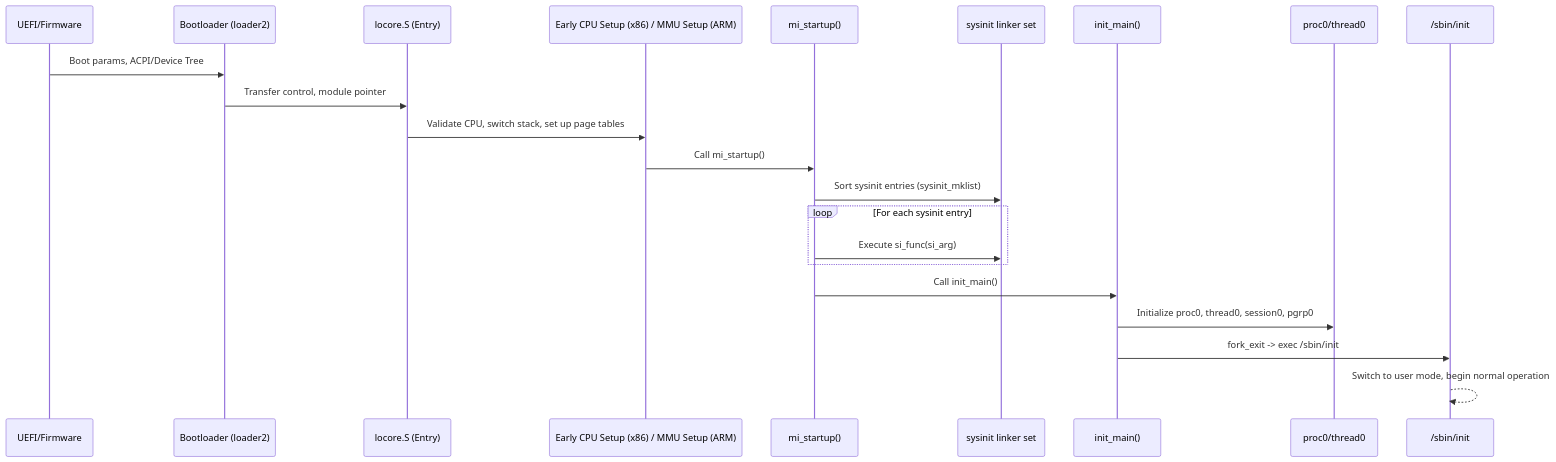
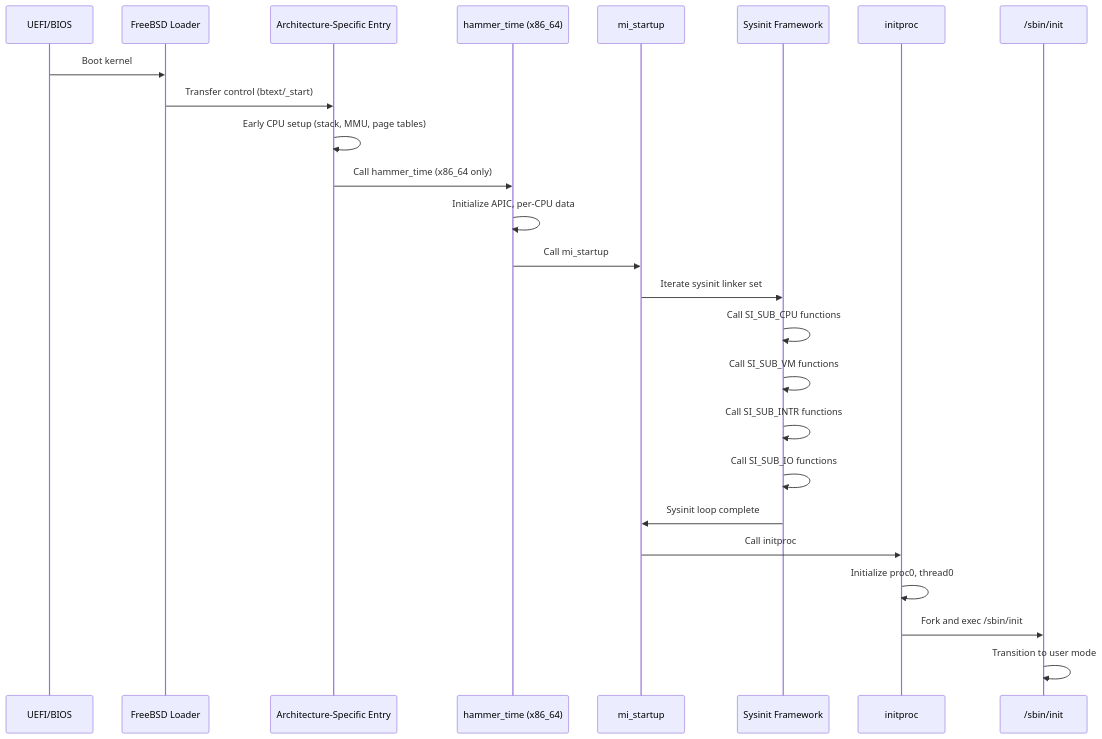
Before and after one commit to ocochard/freebsd-src: the diagram in sys/README.md, drawn with Mermaid. The commit also changed other lines of this file and 25 other files, not shown here.

````diff
--- a/sys/README.md
+++ b/sys/README.md
@@ -124,25 +179,28 @@
 ```mermaid
 sequenceDiagram
-    participant UEFI as UEFI/Firmware
-    participant Loader as Bootloader (loader2)
-    participant Locore as locore.S (Entry)
-    participant EarlySetup as Early CPU Setup (x86) / MMU Setup (ARM)
-    participant MiStart as mi_startup()
-    participant SysInit as sysinit linker set
-    participant InitMain as init_main()
-    participant Proc0 as proc0/thread0
+    participant UEFI as UEFI/BIOS
+    participant Loader as FreeBSD Loader
+    participant Arch as Architecture-Specific Entry
+    participant Hammer as hammer_time (x86_64)
+    participant MiStartup as mi_startup
+    participant Sysinit as Sysinit Framework
+    participant InitProc as initproc
     participant Init as /sbin/init
 
-    UEFI->>Loader: Boot params, ACPI/Device Tree
-    Loader->>Locore: Transfer control, module pointer
-    Locore->>EarlySetup: Validate CPU, switch stack, set up page tables
-    EarlySetup->>MiStart: Call mi_startup()
-    MiStart->>SysInit: Sort sysinit entries (sysinit_mklist)
-    loop For each sysinit entry
-        MiStart->>SysInit: Execute si_func(si_arg)
-    end
-    MiStart->>InitMain: Call init_main()
-    InitMain->>Proc0: Initialize proc0, thread0, session0, pgrp0
-    InitMain->>Init: fork_exit -> exec /sbin/init
-    Init-->>Init: Switch to user mode, begin normal operation
+    UEFI->>Loader: Boot kernel
+    Loader->>Arch: Transfer control (btext/_start)
+    Arch->>Arch: Early CPU setup (stack, MMU, page tables)
+    Arch->>Hammer: Call hammer_time (x86_64 only)
+    Hammer->>Hammer: Initialize APIC, per-CPU data
+    Hammer->>MiStartup: Call mi_startup
+    MiStartup->>Sysinit: Iterate sysinit linker set
+    Sysinit->>Sysinit: Call SI_SUB_CPU functions
+    Sysinit->>Sysinit: Call SI_SUB_VM functions
+    Sysinit->>Sysinit: Call SI_SUB_INTR functions
+    Sysinit->>Sysinit: Call SI_SUB_IO functions
+    Sysinit->>MiStartup: Sysinit loop complete
+    MiStartup->>InitProc: Call initproc
+    InitProc->>InitProc: Initialize proc0, thread0
+    InitProc->>Init: Fork and exec /sbin/init
+    Init->>Init: Transition to user mode
 ```
````
